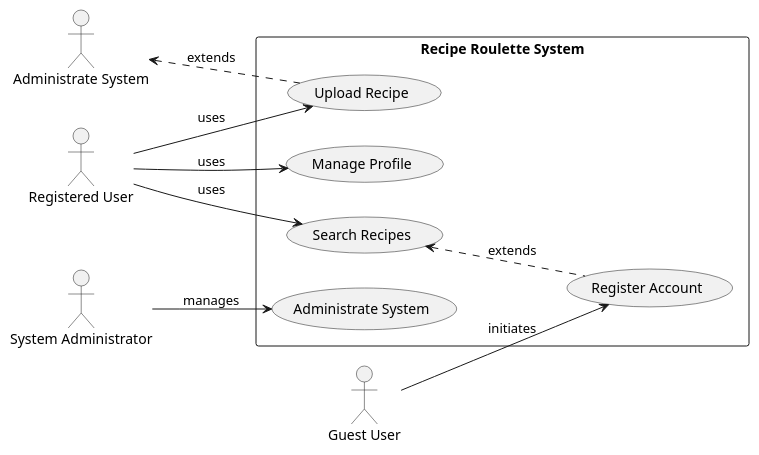
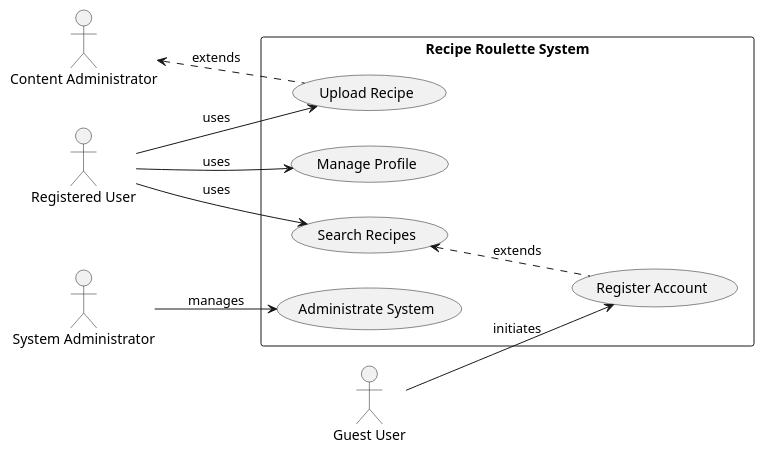
The diagram in DIAGRAMS/usecasediagram.puml (carmensat/RECIPE-ROULETTE), drawn with PlantUML before and after one commit.

```diff
--- a/DIAGRAMS/usecasediagram.puml
+++ b/DIAGRAMS/usecasediagram.puml
@@ -1,26 +1,27 @@
 @startuml
 left to right direction
 skinparam packageStyle rectangle
 actor "Guest User" as Guest
 actor "Registered User" as Registered
 actor "System Administrator" as Admin
+actor "Content Administrator" as Cont
 
 rectangle "Recipe Roulette System" {
 	usecase "Register Account" as UC1
 	usecase "Search Recipes" as UC2
 	usecase "Upload Recipe" as UC3
 	usecase "Manage Profile" as UC4
 	usecase "Administrate System" as UC5
 }
 
 Guest --> UC1 : initiates
 Registered --> UC2 : uses
 Registered --> UC3 : uses
 Registered --> UC4 : uses
 Admin --> UC5 : manages
 
 ' Additional relationships can be added to reflect more detailed interactions or extended use cases
 UC1 .u.> UC2 : extends
-UC3 .u.> "Administrate System" : extends
+UC3 .u.> Cont : extends
 
 @enduml
```
